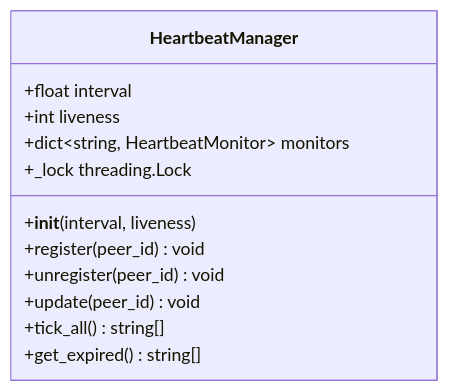
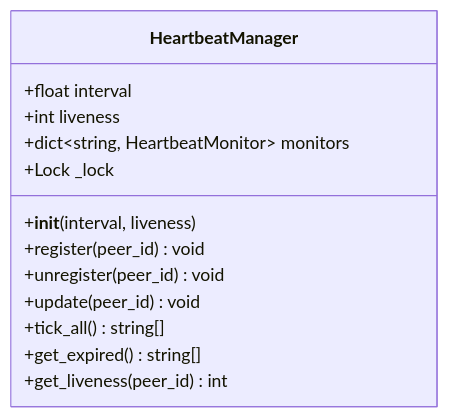
Before and after one commit to zt281/TycheEngine: the fifth of 11 diagrams in .qoder/repowiki/en/content/Heartbeat and Reliability.md, drawn with Mermaid. The commit also changed other lines of this file and 34 other files, not shown here.

````diff
--- a/.qoder/repowiki/en/content/Heartbeat and Reliability.md
+++ b/.qoder/repowiki/en/content/Heartbeat and Reliability.md
@@ -190,15 +208,16 @@
 ```mermaid
 classDiagram
 class HeartbeatManager {
 +float interval
 +int liveness
 +dict~string, HeartbeatMonitor~ monitors
-+_lock threading.Lock
++Lock _lock
 +__init__(interval, liveness)
 +register(peer_id) void
 +unregister(peer_id) void
 +update(peer_id) void
 +tick_all() string[]
 +get_expired() string[]
++get_liveness(peer_id) int
 }
 ```
````
